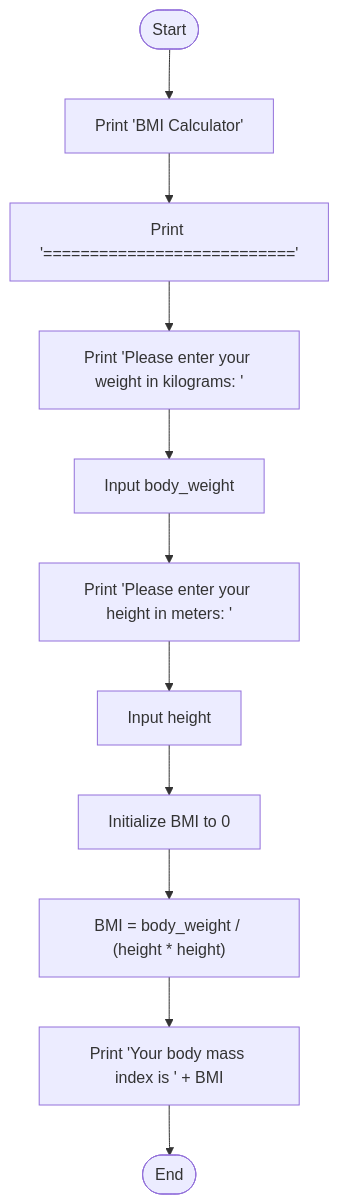
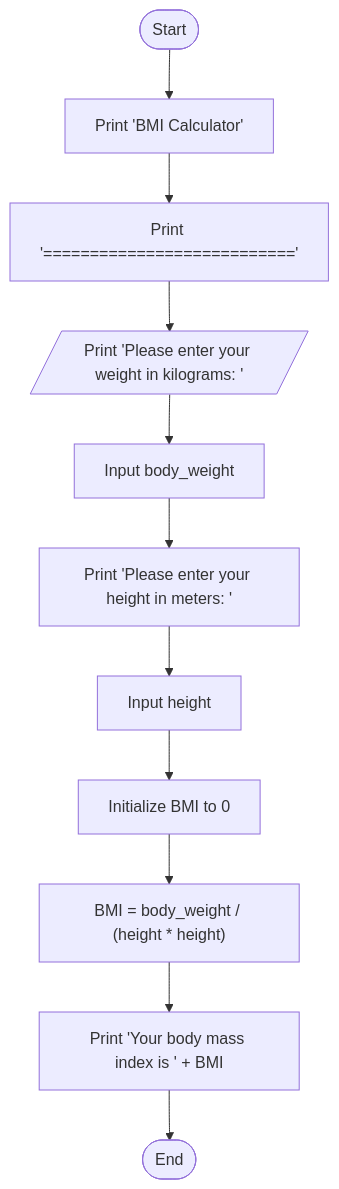
Before and after one commit to SWEG-2015EC-Batch/Felix: the diagram in ETS1065_15_Natnael_Samson/BMI_calculator.md, drawn with Mermaid.

````diff
--- a/ETS1065_15_Natnael_Samson/BMI_calculator.md
+++ b/ETS1065_15_Natnael_Samson/BMI_calculator.md
@@ -27,23 +27,23 @@
 ```mermaid
    flowchart TD;
    
   A([Start]) --> B["Print 'BMI Calculator'"];
   
   B --> C["Print '==========================='"];
   
-  C --> D["Print 'Please enter your weight in kilograms: '"];
+  C --> D[/Print 'Please enter your weight in kilograms: '/];
   
   D --> E["Input body_weight"];
   
   E --> F["Print 'Please enter your height in meters: '"];
   
   F --> G["Input height"];
   
   G --> H["Initialize BMI to 0"];
   
   H --> I["BMI = body_weight / (height * height)"];
   
   I --> J["Print 'Your body mass index is ' + BMI"];
   
   J --> K([End]);
 ```
````
